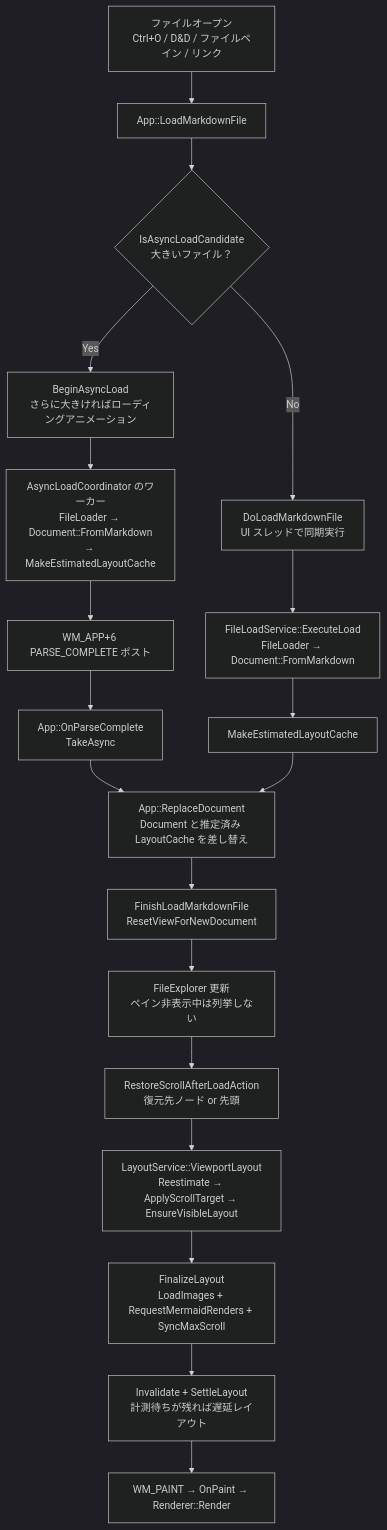
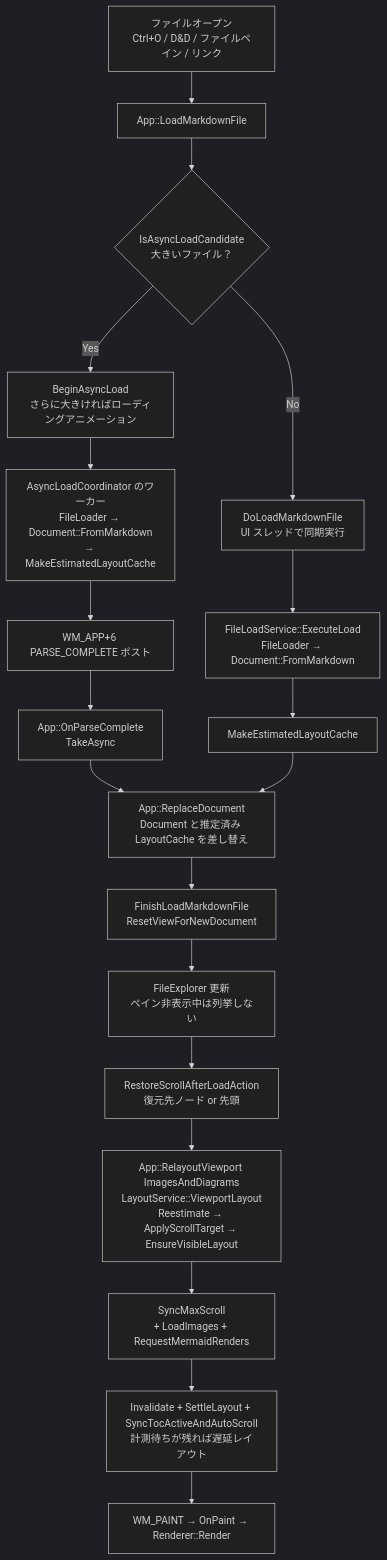
Before and after one commit to tanaton/mendo: diagram 18 of 27 in example/test.md, drawn with Mermaid (dark theme). The commit also changed other lines of this file and 92 other files, not shown here.

````diff
--- a/example/test.md
+++ b/example/test.md
@@ -3157,22 +3161,22 @@
 ```mermaid
 flowchart TD
     TRIGGER[ファイルオープン<br>Ctrl+O / D&D / ファイルペイン / リンク] --> LMF[App::LoadMarkdownFile]
     LMF --> ANIM{IsAsyncLoadCandidate<br>大きいファイル？}
     ANIM -->|Yes| ASYNC[BeginAsyncLoad<br>さらに大きければローディングアニメーション]
     ANIM -->|No| SYNC[DoLoadMarkdownFile<br>UI スレッドで同期実行]
     ASYNC --> WORKER[AsyncLoadCoordinator のワーカー<br>FileLoader → Document::FromMarkdown<br>→ MakeEstimatedLayoutCache]
     WORKER --> POST[WM_APP+6 PARSE_COMPLETE ポスト]
     POST --> OPC[App::OnParseComplete<br>TakeAsync]
     SYNC --> EXEC[FileLoadService::ExecuteLoad<br>FileLoader → Document::FromMarkdown]
     EXEC --> EST[MakeEstimatedLayoutCache]
 
     OPC --> REPL[App::ReplaceDocument<br>Document と推定済み LayoutCache を差し替え]
     EST --> REPL
     REPL --> RESET[FinishLoadMarkdownFile<br>ResetViewForNewDocument]
     RESET --> FE[FileExplorer 更新<br>ペイン非表示中は列挙しない]
     FE --> RESTORE[RestoreScrollAfterLoadAction<br>復元先ノード or 先頭]
-    RESTORE --> LAYOUT[LayoutService::ViewportLayout<br>Reestimate → ApplyScrollTarget → EnsureVisibleLayout]
-    LAYOUT --> FINAL[FinalizeLayout<br>LoadImages + RequestMermaidRenders + SyncMaxScroll]
-    FINAL --> INVAL[Invalidate + SettleLayout<br>計測待ちが残れば遅延レイアウト]
+    RESTORE --> LAYOUT[App::RelayoutViewport ImagesAndDiagrams<br>LayoutService::ViewportLayout<br>Reestimate → ApplyScrollTarget → EnsureVisibleLayout]
+    LAYOUT --> FINAL[SyncMaxScroll<br>+ LoadImages + RequestMermaidRenders]
+    FINAL --> INVAL[Invalidate + SettleLayout + SyncTocActiveAndAutoScroll<br>計測待ちが残れば遅延レイアウト]
     INVAL --> PAINT[WM_PAINT → OnPaint → Renderer::Render]
 ```
````
